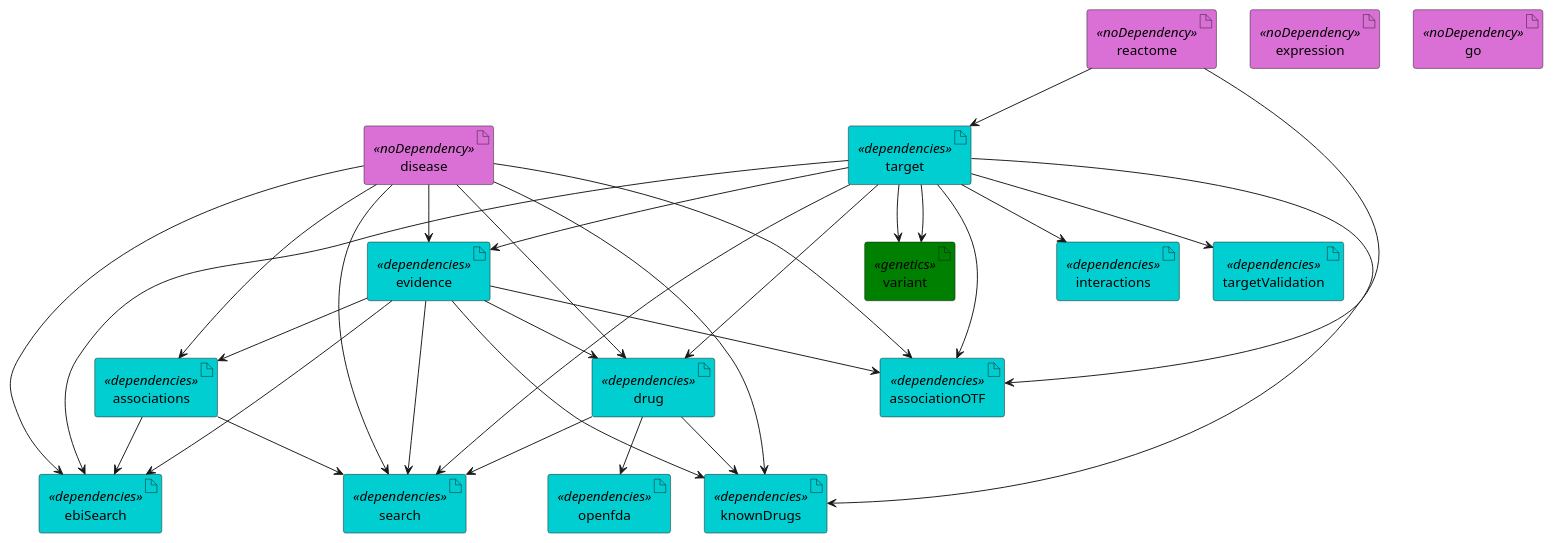
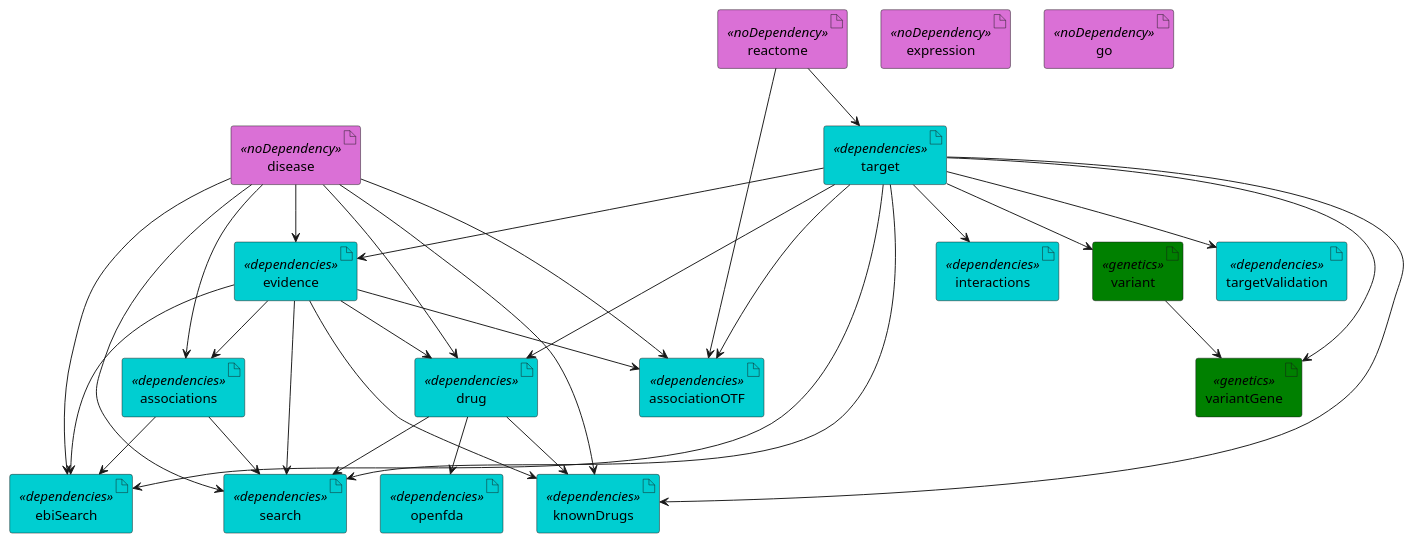
The diagram in documentation/etl_current.puml (opentargets/platform-etl-backend), drawn with PlantUML before and after one commit. The commit also changed 1 other file, not shown here.

Commit message:
Update documentation for variantGene.

```diff
--- a/documentation/etl_current.puml
+++ b/documentation/etl_current.puml
@@ -1,71 +1,73 @@
 @startuml
 skinparam interface {
     backgroundColor<<input>> darkblue
     backgroundColor<<output>> cyan
 }
 skinparam artifact {
      backgroundColor<<noDependency>> orchid
      backgroundColor<<dependencies>> darkturquoise
      backgroundColor<<genetics>> green
  }
 ' steps
 artifact associations <<dependencies>>
 artifact associationOTF <<dependencies>>
 artifact disease <<noDependency>>
 artifact drug <<dependencies>>
 artifact evidence <<dependencies>>
 artifact expression <<noDependency>>
 artifact go <<noDependency>>
 artifact interactions <<dependencies>>
 artifact knownDrugs <<dependencies>>
 artifact targetValidation<<dependencies>>
 artifact reactome <<noDependency>>
 artifact search <<dependencies>>
 artifact target <<dependencies>>
 artifact openfda <<dependencies>>
 artifact ebiSearch <<dependencies>>
 artifact variant <<dependencies>>
 
 artifact variant <<genetics>>
+artifact variantGene <<genetics>>
 
 reactome --> target
 
 evidence --> associations
 disease --> associations
 
 reactome --> associationOTF
 evidence --> associationOTF
 disease --> associationOTF
 target --> associationOTF
 
 target --> drug
 disease --> drug
 evidence --> drug
 target --> evidence
 disease --> evidence
 
 evidence --> knownDrugs
 disease --> knownDrugs
 target --> knownDrugs
 drug --> knownDrugs
 
 evidence --> search
 disease --> search
 target --> search
 drug --> search
 associations --> search
 
 target --> interactions
 target --> variant
+target --> variantGene
+target --> targetValidation
 
-target --> targetValidation
-target --> variant
+variant --> variantGene
 
 drug --> openfda
 
 disease --> ebiSearch
 target --> ebiSearch
 evidence --> ebiSearch
 associations --> ebiSearch
 
 @enduml
```
